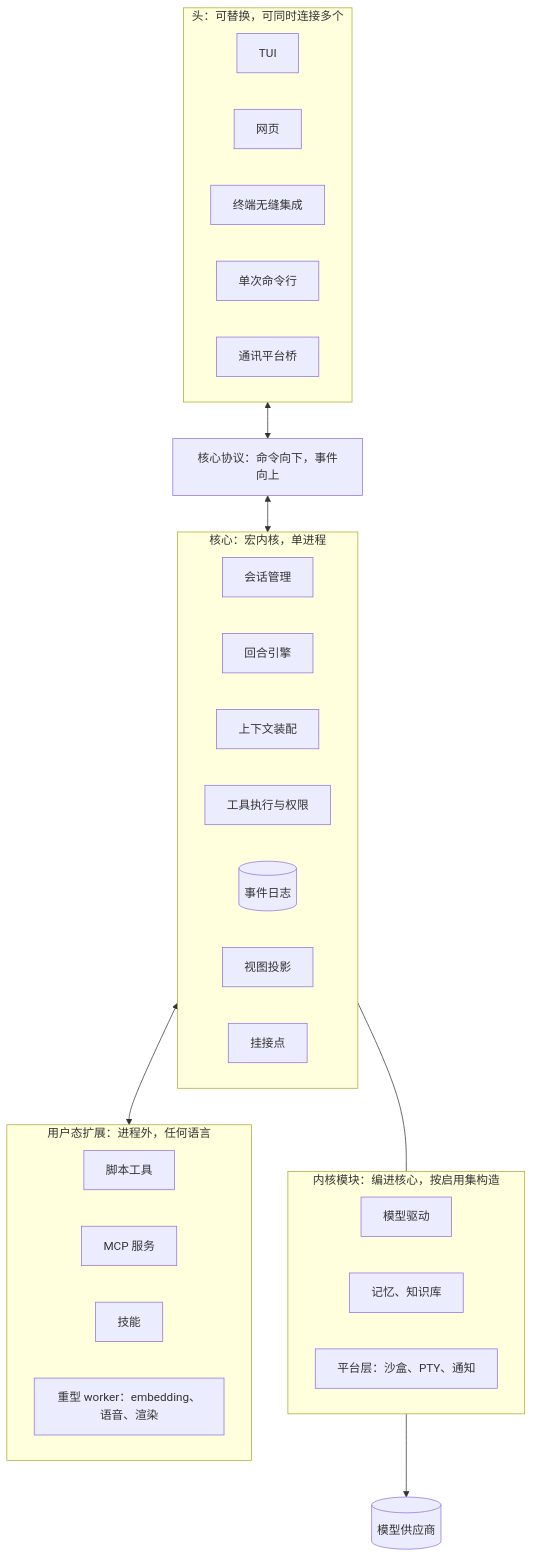
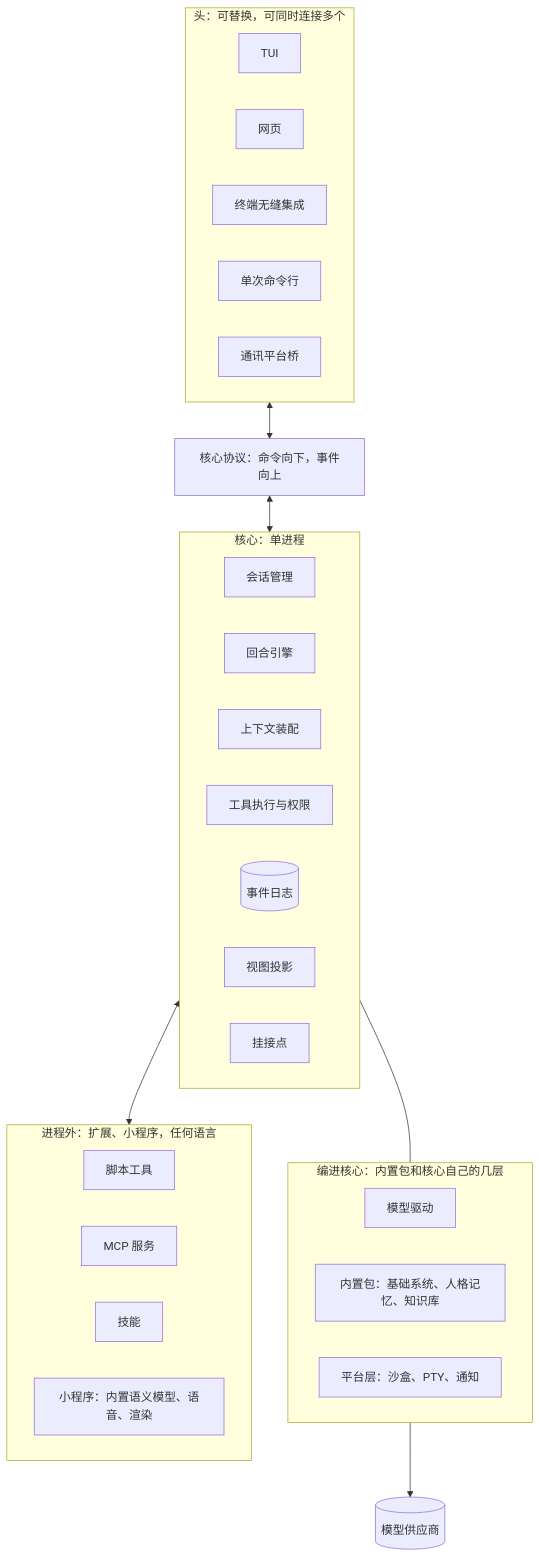
One commit to SHORiN-KiWATA/miyu-agent-remake changed the first of 5 diagrams in docs/designs/01-架构.md. Above: the diagram before and after it, drawn with Mermaid. The commit also changed other lines of this file and 20 other files, not shown here.

````diff
--- a/docs/designs/01-架构.md
+++ b/docs/designs/01-架构.md
@@ -56,44 +56,44 @@
 ```mermaid
 flowchart TB
     subgraph heads["头：可替换，可同时连接多个"]
         direction LR
         tui["TUI"]
         web["网页"]
         shell["终端无缝集成"]
         cli["单次命令行"]
         im["通讯平台桥"]
     end
 
     proto["核心协议：命令向下，事件向上"]
 
-    subgraph kernel["核心：宏内核，单进程"]
+    subgraph kernel["核心：单进程"]
         direction LR
         sess["会话管理"]
         turn["回合引擎"]
         ctx["上下文装配"]
         tools["工具执行与权限"]
         log[("事件日志")]
         view["视图投影"]
         hooks["挂接点"]
     end
 
-    subgraph modules["内核模块：编进核心，按启用集构造"]
+    subgraph modules["编进核心：内置包和核心自己的几层"]
         direction LR
         drv["模型驱动"]
-        mem["记忆、知识库"]
+        mem["内置包：基础系统、人格记忆、知识库"]
         plat["平台层：沙盒、PTY、通知"]
     end
 
-    subgraph user["用户态扩展：进程外，任何语言"]
+    subgraph user["进程外：扩展、小程序，任何语言"]
         direction LR
         script["脚本工具"]
         mcp["MCP 服务"]
         skill["技能"]
-        worker["重型 worker：embedding、语音、渲染"]
+        worker["小程序：内置语义模型、语音、渲染"]
     end
 
     heads <--> proto <--> kernel
     kernel --- modules
     kernel <--> user
     drv --> providers[("模型供应商")]
 ```
````
